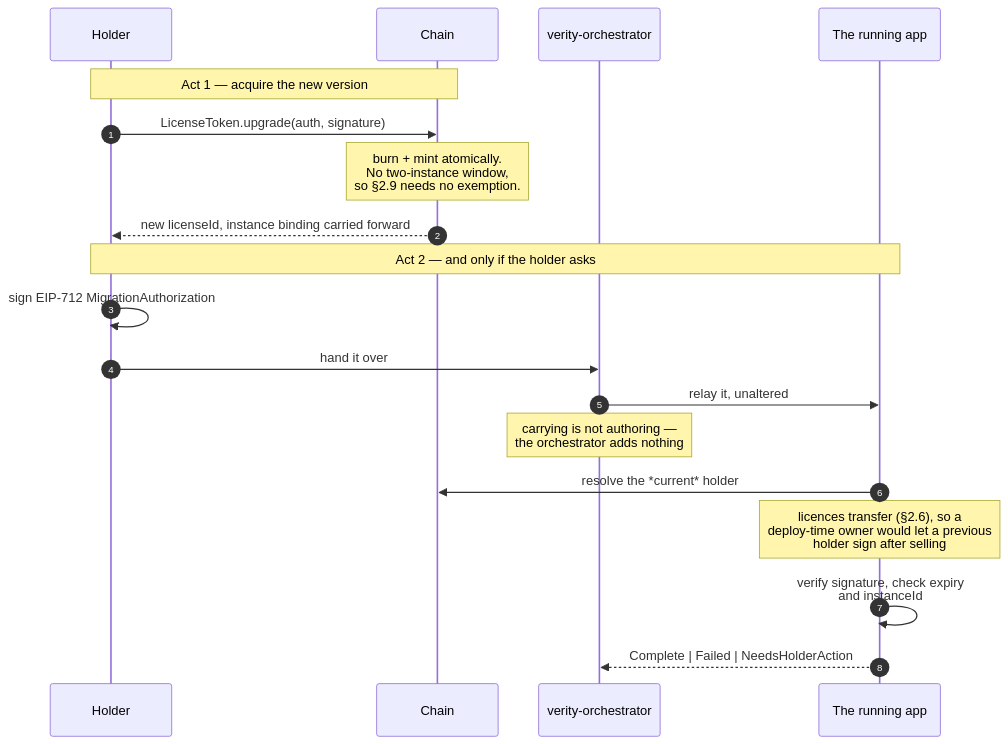
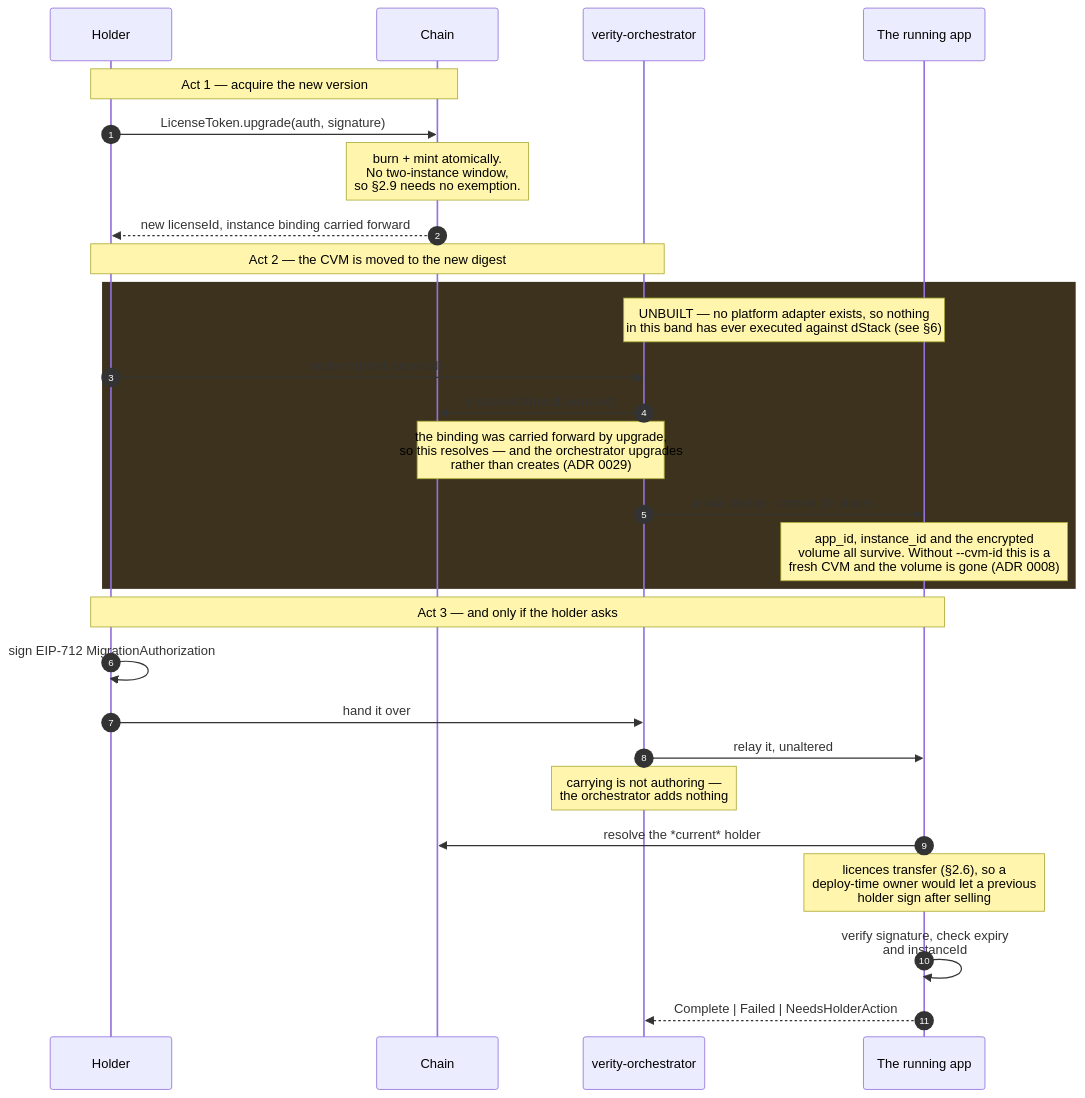
The fifth of 5 diagrams in docs/ARCHITECTURE.md (ithaka-dev/verity-foundation), drawn with Mermaid before and after one commit. The commit also changed other lines of this file and 3 other files, not shown here.

First line of the commit message:
MA-8: make ARCHITECTURE.md describe what runs, and record redeem-only as ADR 0030

````diff
--- a/docs/ARCHITECTURE.md
+++ b/docs/ARCHITECTURE.md
@@ -247,23 +266,33 @@
 ```mermaid
 sequenceDiagram
     autonumber
     participant H as Holder
     participant C as Chain
     participant O as verity-orchestrator
     participant APP as The running app
 
     Note over H,C: Act 1 — acquire the new version
     H->>C: LicenseToken.upgrade(auth, signature)
     Note over C: burn + mint atomically.<br/>No two-instance window,<br/>so §2.9 needs no exemption.
     C-->>H: new licenseId, instance binding carried forward
 
-    Note over H,APP: Act 2 — and only if the holder asks
+    Note over H,O: Act 2 — the CVM is moved to the new digest
+    rect rgb(60, 50, 30)
+    Note over O,APP: UNBUILT — no platform adapter exists, so nothing<br/>in this band has ever executed against dStack (see §6)
+    H->>O: redeem(newLicenseId)
+    O->>C: instanceOf(newLicenseId)
+    Note over C,O: the binding was carried forward by upgrade,<br/>so this resolves — and the orchestrator upgrades<br/>rather than creates (ADR 0029)
+    O->>APP: phala deploy --cvm-id (in place)
+    Note over APP: app_id, instance_id and the encrypted<br/>volume all survive. Without --cvm-id this is a<br/>fresh CVM and the volume is gone (ADR 0008)
+    end
+
+    Note over H,APP: Act 3 — and only if the holder asks
     H->>H: sign EIP-712 MigrationAuthorization
     H->>O: hand it over
     O->>APP: relay it, unaltered
     Note over O: carrying is not authoring —<br/>the orchestrator adds nothing
     APP->>C: resolve the *current* holder
     Note over APP: licences transfer (§2.6), so a<br/>deploy-time owner would let a previous<br/>holder sign after selling
     APP->>APP: verify signature, check expiry<br/>and instanceId
     APP-->>O: Complete | Failed | NeedsHolderAction
 ```
````
